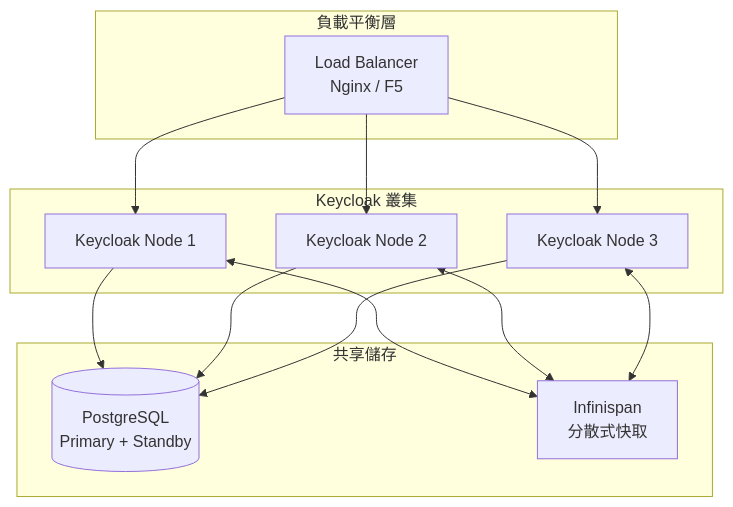
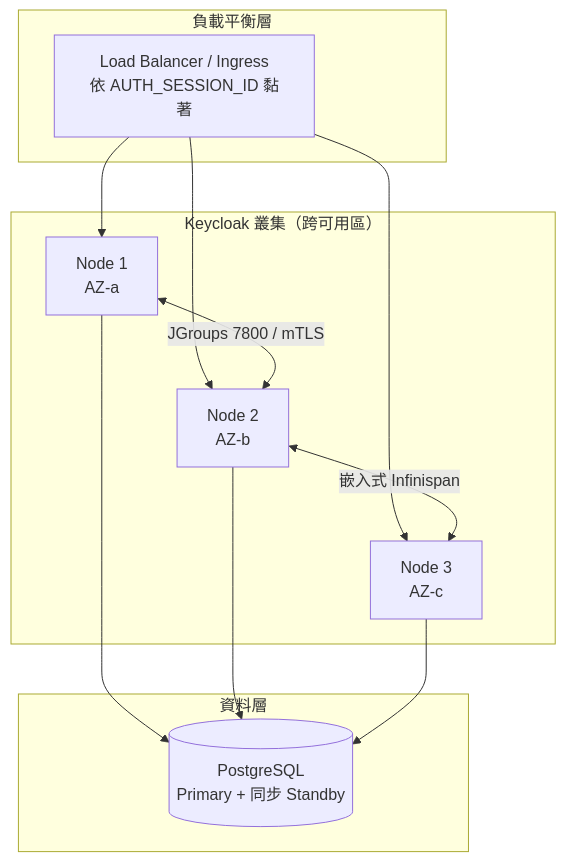
Before and after one commit to chihhung/Blog: diagram 15 of 19 in content/posts/教學/工具/Keycloak教學手冊.md, drawn with Mermaid. The commit also changed other lines of this file and 10 other files, not shown here.

````diff
--- a/content/posts/教學/工具/Keycloak教學手冊.md
+++ b/content/posts/教學/工具/Keycloak教學手冊.md
@@ -1810,29 +3505,27 @@
 ```mermaid
 graph TB
-    subgraph "負載平衡層"
-        LB[Load Balancer<br/>Nginx / F5]
+    subgraph LBL["負載平衡層"]
+        LB[Load Balancer / Ingress<br/>依 AUTH_SESSION_ID 黏著]
     end
-    
-    subgraph "Keycloak 叢集"
-        KC1[Keycloak Node 1]
-        KC2[Keycloak Node 2]
-        KC3[Keycloak Node 3]
+
+    subgraph KCC["Keycloak 叢集（跨可用區）"]
+        KC1[Node 1<br/>AZ-a]
+        KC2[Node 2<br/>AZ-b]
+        KC3[Node 3<br/>AZ-c]
     end
-    
-    subgraph "共享儲存"
-        DB[(PostgreSQL<br/>Primary + Standby)]
-        CACHE[Infinispan<br/>分散式快取]
+
+    subgraph DBL["資料層"]
+        DB[(PostgreSQL<br/>Primary + 同步 Standby)]
     end
-    
+
     LB --> KC1
     LB --> KC2
     LB --> KC3
-    
+
+    KC1 <-->|JGroups 7800 / mTLS| KC2
+    KC2 <-->|嵌入式 Infinispan| KC3
+
     KC1 --> DB
     KC2 --> DB
     KC3 --> DB
-    
-    KC1 <--> CACHE
-    KC2 <--> CACHE
-    KC3 <--> CACHE
 ```
````
